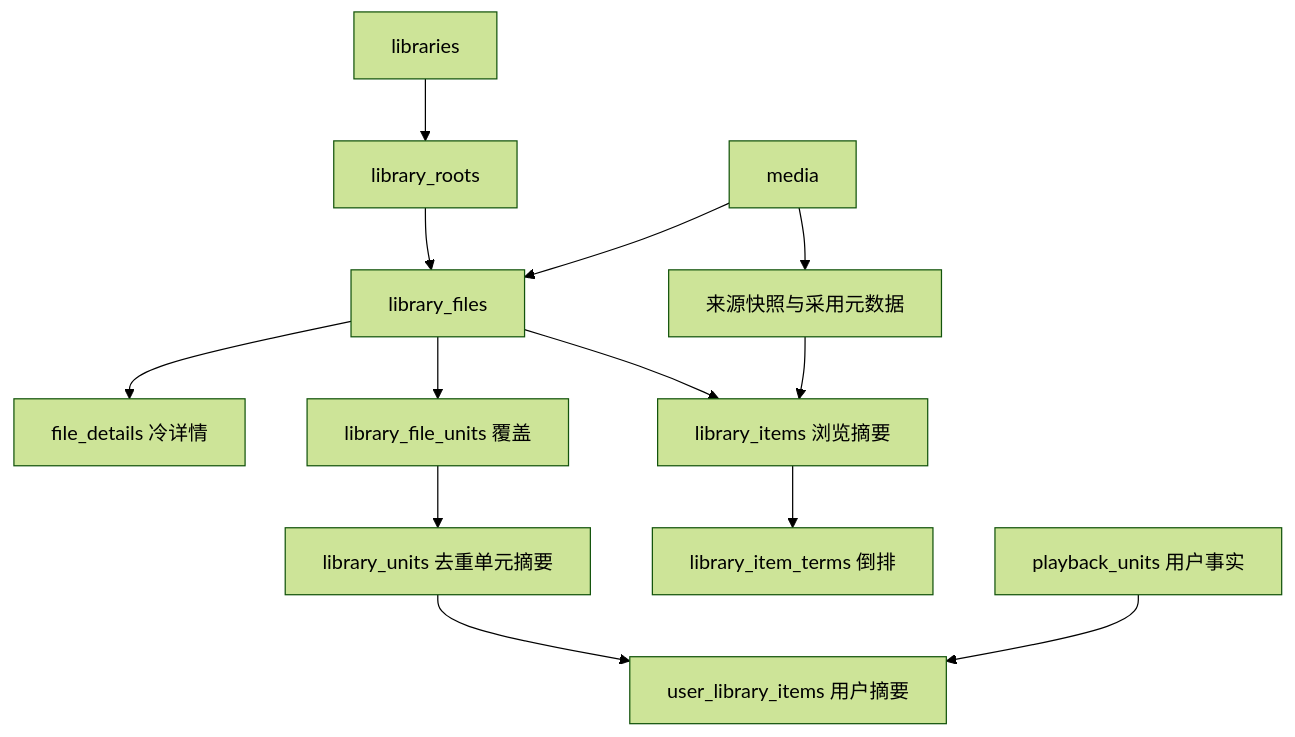
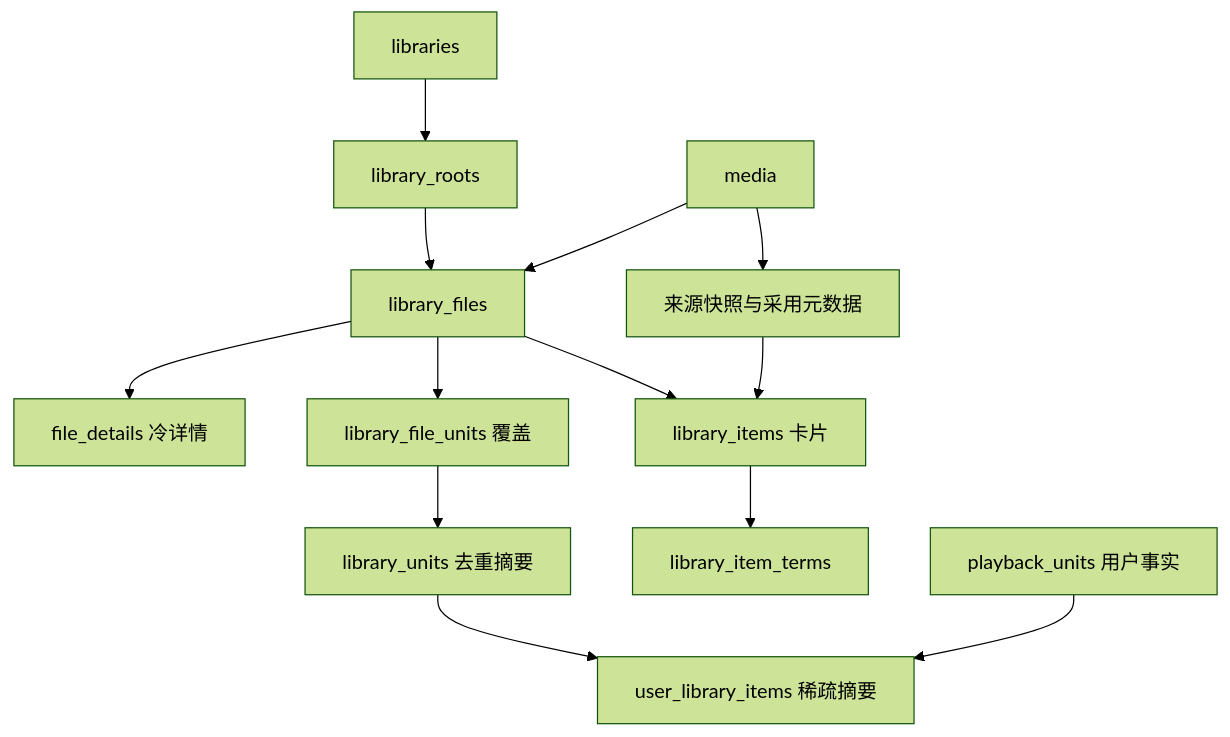
Before and after one commit to jianxcao/crawler-media: the diagram in docs/database/README.md, drawn with Mermaid (forest theme). The commit also changed other lines of this file and 52 other files, not shown here.

````diff
--- a/docs/database/README.md
+++ b/docs/database/README.md
@@ -31,15 +29,15 @@
 ```mermaid
 flowchart TD
     L[libraries] --> R[library_roots]
     R --> F[library_files]
     M[media] --> F
     M --> MD[来源快照与采用元数据]
     F --> D[file_details 冷详情]
     F --> FU[library_file_units 覆盖]
-    FU --> U[library_units 去重单元摘要]
-    F --> I[library_items 浏览摘要]
+    FU --> U[library_units 去重摘要]
+    F --> I[library_items 卡片]
     MD --> I
-    I --> T[library_item_terms 倒排]
-    P[playback_units 用户事实] --> UI[user_library_items 用户摘要]
+    I --> T[library_item_terms]
+    P[playback_units 用户事实] --> UI[user_library_items 稀疏摘要]
     U --> UI
 ```
````
